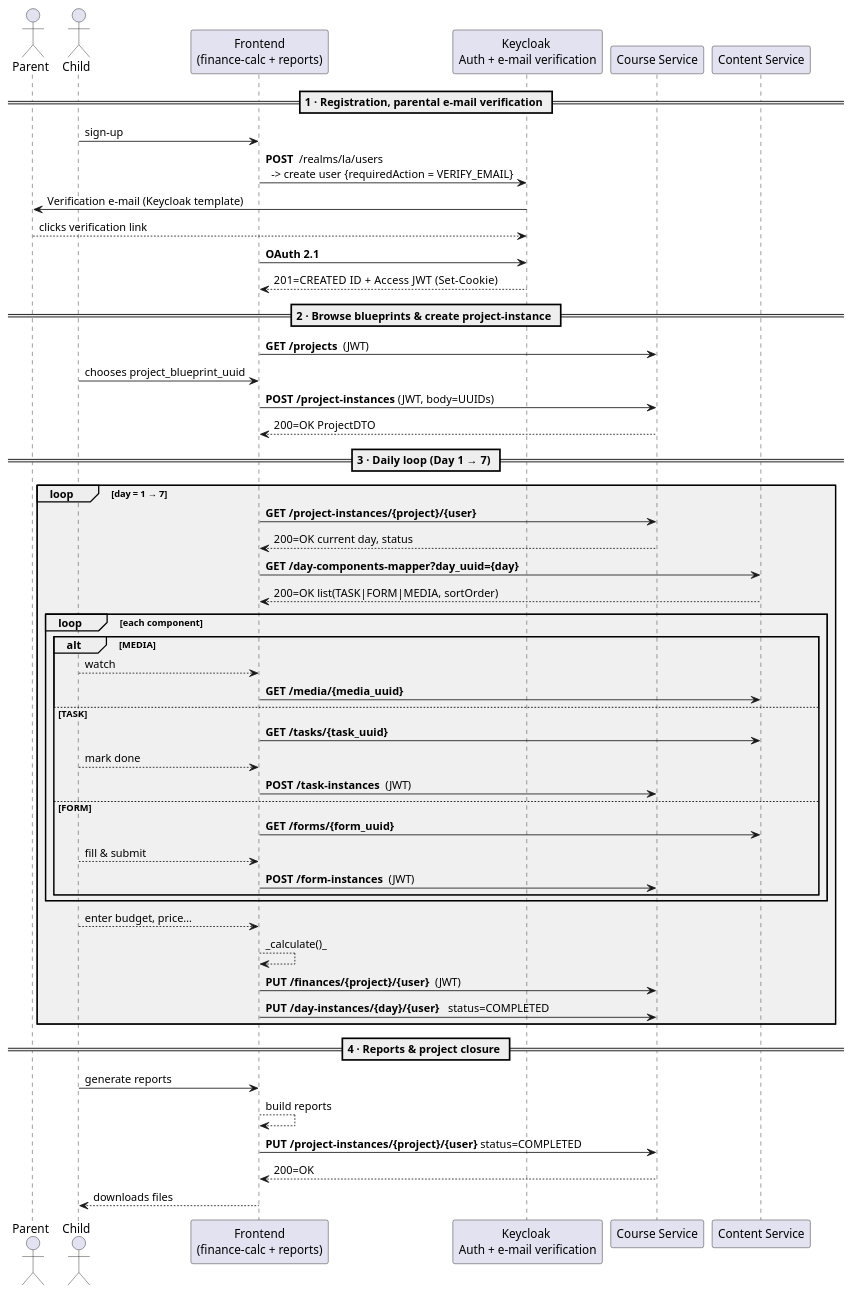
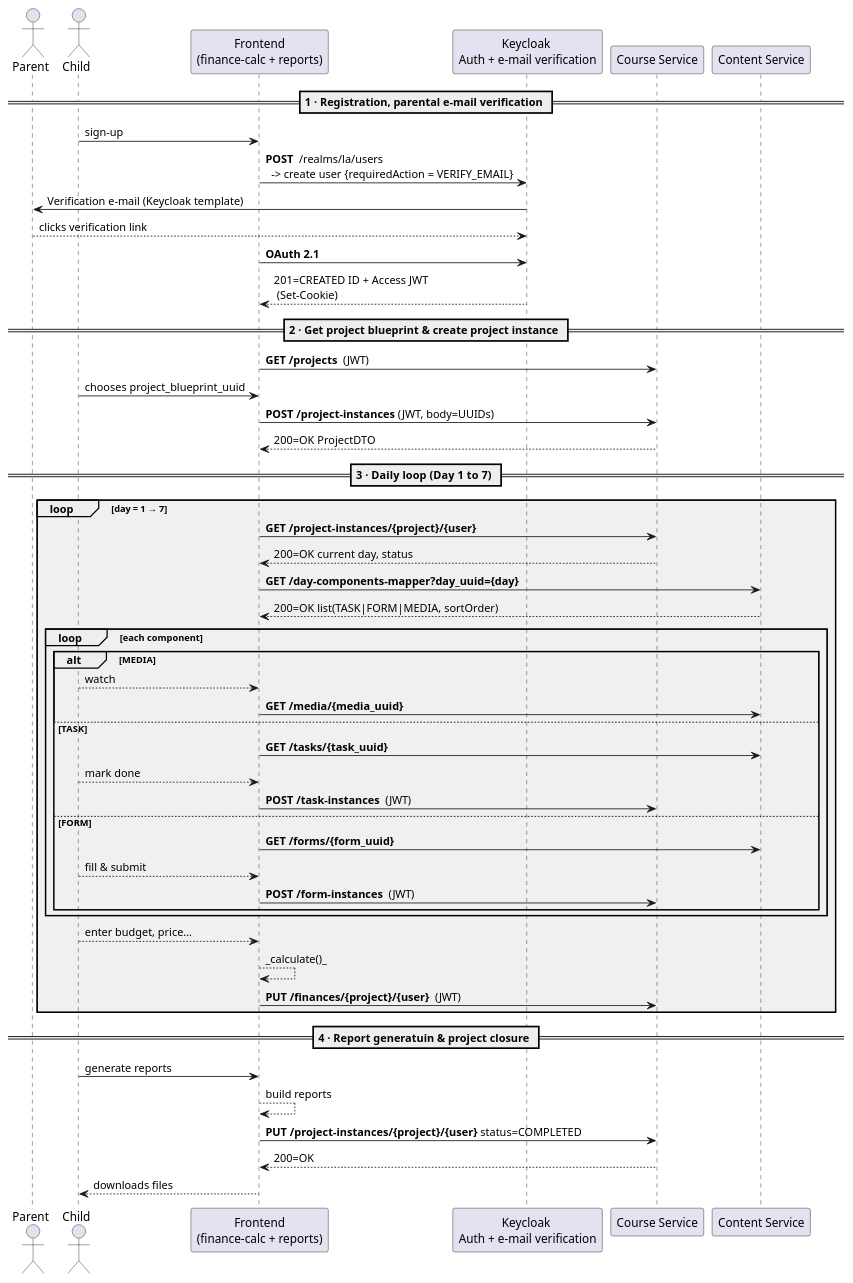
The diagram in docs/design/sequence-diagram/sequence-diag.plantuml (dmr4eg/la-infrastructure), drawn with PlantUML before and after one commit. The commit also changed 7 other files, not shown here.

Commit message:
changes in diagrams

```diff
--- a/docs/design/sequence-diagram/sequence-diag.plantuml
+++ b/docs/design/sequence-diagram/sequence-diag.plantuml
@@ -1,74 +1,73 @@
 @startuml
 
 skinparam package {
-    FontSize 13
+    FontSize 16
     FontStyle bold
     BackgroundColor #F0F0F0
 }
 
 actor Parent
 actor Child
 
 participant "Frontend\n(finance-calc + reports)"      as FE
 participant "Keycloak \nAuth + e-mail verification"    as KC
 participant "Course Service"  as COURSE
 participant "Content Service" as CONTENT
 
 == 1 · Registration, parental e-mail verification ==
 Child  -> FE     : sign-up 
 FE     -> KC     : **POST**  /realms/la/users\n  -> create user {requiredAction = VERIFY_EMAIL}
 KC     -> Parent : Verification e-mail (Keycloak template)
 Parent --> KC    : clicks verification link 
 FE     -> KC     : **OAuth 2.1** 
-KC     --> FE    : 201=CREATED ID + Access JWT   (Set-Cookie)
+KC     --> FE    : 201=CREATED ID + Access JWT  \n (Set-Cookie)
 
 
-== 2 · Browse blueprints & create project-instance ==
+== 2 · Get project blueprint & create project instance ==
 FE     -> COURSE : **GET /projects**  (JWT)
 Child  -> FE     : chooses project_blueprint_uuid
 FE     -> COURSE : **POST /project-instances** (JWT, body=UUIDs)
 COURSE --> FE    : 200=OK ProjectDTO 
 
-== 3 · Daily loop  (Day 1 → 7) ==
+== 3 · Daily loop  (Day 1 to 7) ==
 loop day = 1 → 7
   ' 3.1 progress/meta
   FE  -> COURSE  : **GET /project-instances/{project}/{user}**
   COURSE--> FE   : 200=OK current day, status
 
   ' 3.2 teaching content
   FE  -> CONTENT : **GET /day-components-mapper?day_uuid={day}**
   CONTENT --> FE : 200=OK list(TASK|FORM|MEDIA, sortOrder)
 
   ' 3.3 execute components
   loop each component
     alt MEDIA
       Child --> FE  : watch 
       FE -> CONTENT : **GET /media/{media_uuid}**
     else TASK
       FE -> CONTENT : **GET /tasks/{task_uuid}**
       Child --> FE  : mark done
       FE -> COURSE  : **POST /task-instances**  (JWT)
     else FORM
       FE -> CONTENT : **GET /forms/{form_uuid}**
       Child --> FE  : fill & submit
       FE -> COURSE  : **POST /form-instances**  (JWT)
     end
   end
 
   ' 3.4 client-side finance
   Child --> FE : enter budget, price…
   FE    --> FE : _calculate()_  
   FE    -> COURSE : **PUT /finances/{project}/{user}**  (JWT)
 
-  ' 3.5 day complete & e-mail reminder
-  FE    -> COURSE : **PUT /day-instances/{day}/{user}**   status=COMPLETED
+
 end
 
-== 4 · Reports & project closure ==
+== 4 · Report generatuin & project closure ==
 Child -> FE     : generate reports
 FE    --> FE    : build reports
 FE    -> COURSE : **PUT /project-instances/{project}/{user}** status=COMPLETED
 COURSE--> FE    : 200=OK
 Child <-- FE    : downloads files
 
 @enduml
```
